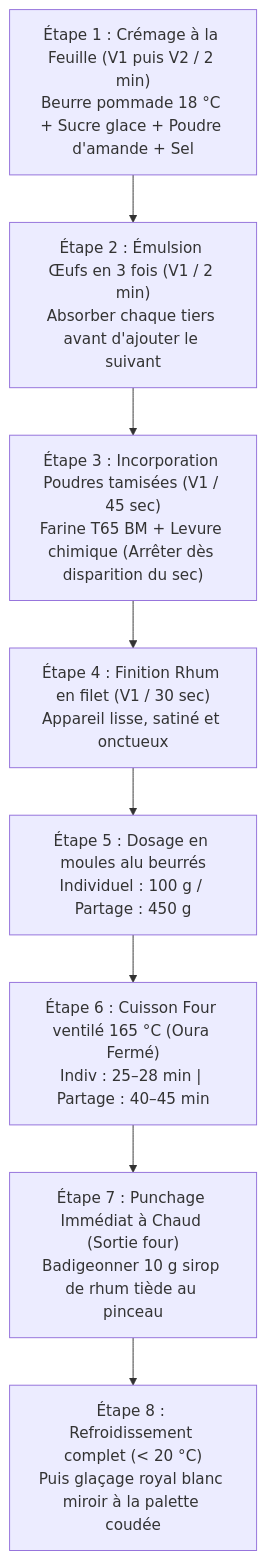
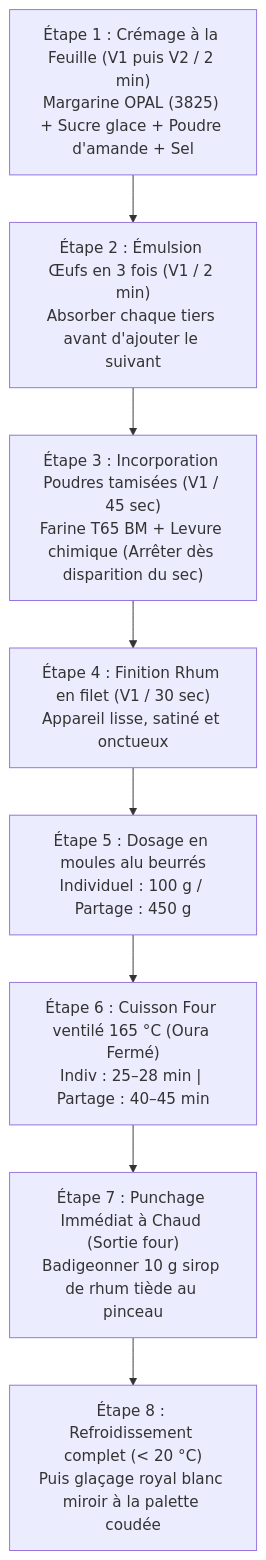
One commit to jri561/laboratoire-tourage-boulangerie changed the diagram in recettes/catalogue/gateau-nantais-traditionnel.md. Above: the diagram before and after it, drawn with Mermaid. The commit also changed other lines of this file and 17 other files, not shown here.

````diff
--- a/recettes/catalogue/gateau-nantais-traditionnel.md
+++ b/recettes/catalogue/gateau-nantais-traditionnel.md
@@ -61,10 +61,10 @@
 ```mermaid
 flowchart TD
-    A["Étape 1 : Crémage à la Feuille (V1 puis V2 / 2 min)<br>Beurre pommade 18 °C + Sucre glace + Poudre d'amande + Sel"] --> B["Étape 2 : Émulsion Œufs en 3 fois (V1 / 2 min)<br>Absorber chaque tiers avant d'ajouter le suivant"]
+    A["Étape 1 : Crémage à la Feuille (V1 puis V2 / 2 min)<br>Margarine OPAL (3825) + Sucre glace + Poudre d'amande + Sel"] --> B["Étape 2 : Émulsion Œufs en 3 fois (V1 / 2 min)<br>Absorber chaque tiers avant d'ajouter le suivant"]
     B --> C["Étape 3 : Incorporation Poudres tamisées (V1 / 45 sec)<br>Farine T65 BM + Levure chimique (Arrêter dès disparition du sec)"]
     C --> D["Étape 4 : Finition Rhum en filet (V1 / 30 sec)<br>Appareil lisse, satiné et onctueux"]
     D --> E["Étape 5 : Dosage en moules alu beurrés<br>Individuel : 100 g / Partage : 450 g"]
     E --> F["Étape 6 : Cuisson Four ventilé 165 °C (Oura Fermé)<br>Indiv : 25–28 min | Partage : 40–45 min"]
     F --> G["Étape 7 : Punchage Immédiat à Chaud (Sortie four)<br>Badigeonner 10 g sirop de rhum tiède au pinceau"]
     G --> H["Étape 8 : Refroidissement complet (< 20 °C)<br>Puis glaçage royal blanc miroir à la palette coudée"]
 ```
````
